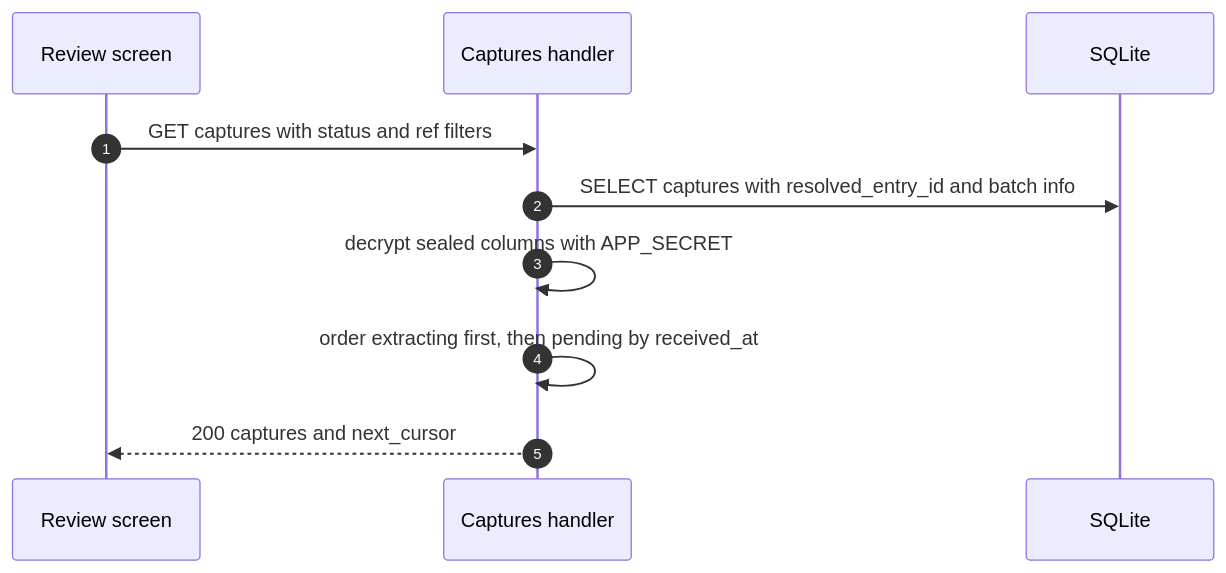
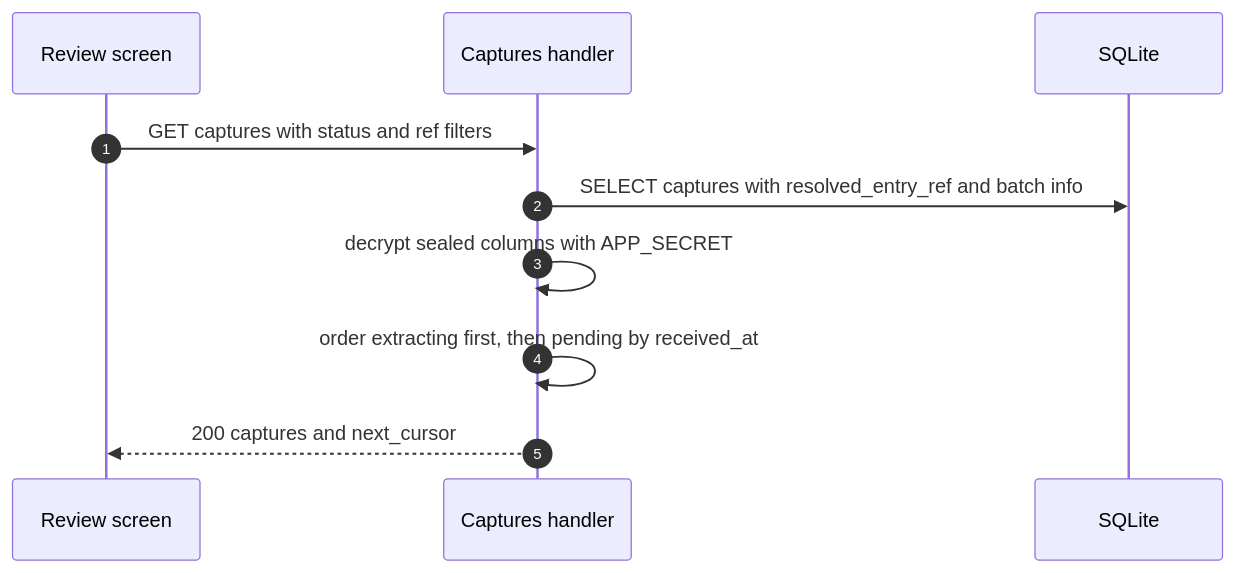
Diagram 11 of 20 in docs/v2-api.md (dimasbaguspm/spenicle), drawn with Mermaid before and after one commit. The commit also changed other lines of this file and 27 other files, not shown here.

Commit message:
refactor(db): relate captures, artifacts and mail by ref

````diff
--- a/docs/v2-api.md
+++ b/docs/v2-api.md
@@ -783,12 +783,12 @@
 ```mermaid
 sequenceDiagram
     autonumber
     participant UI as Review screen
     participant API as Captures handler
     participant DB as SQLite
     UI->>API: GET captures with status and ref filters
-    API->>DB: SELECT captures with resolved_entry_id and batch info
+    API->>DB: SELECT captures with resolved_entry_ref and batch info
     API->>API: decrypt sealed columns with APP_SECRET
     API->>API: order extracting first, then pending by received_at
     API-->>UI: 200 captures and next_cursor
 ```
````
